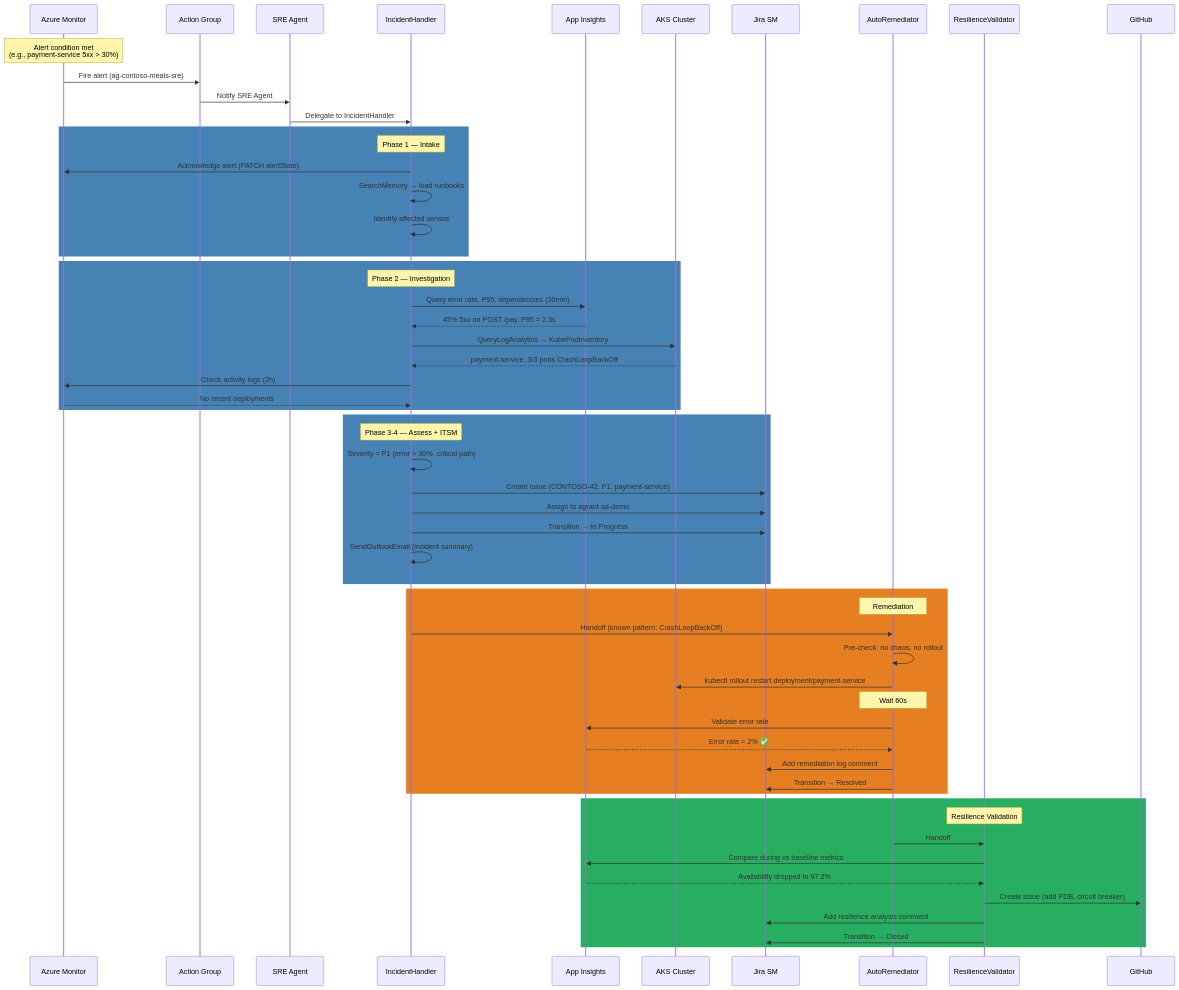
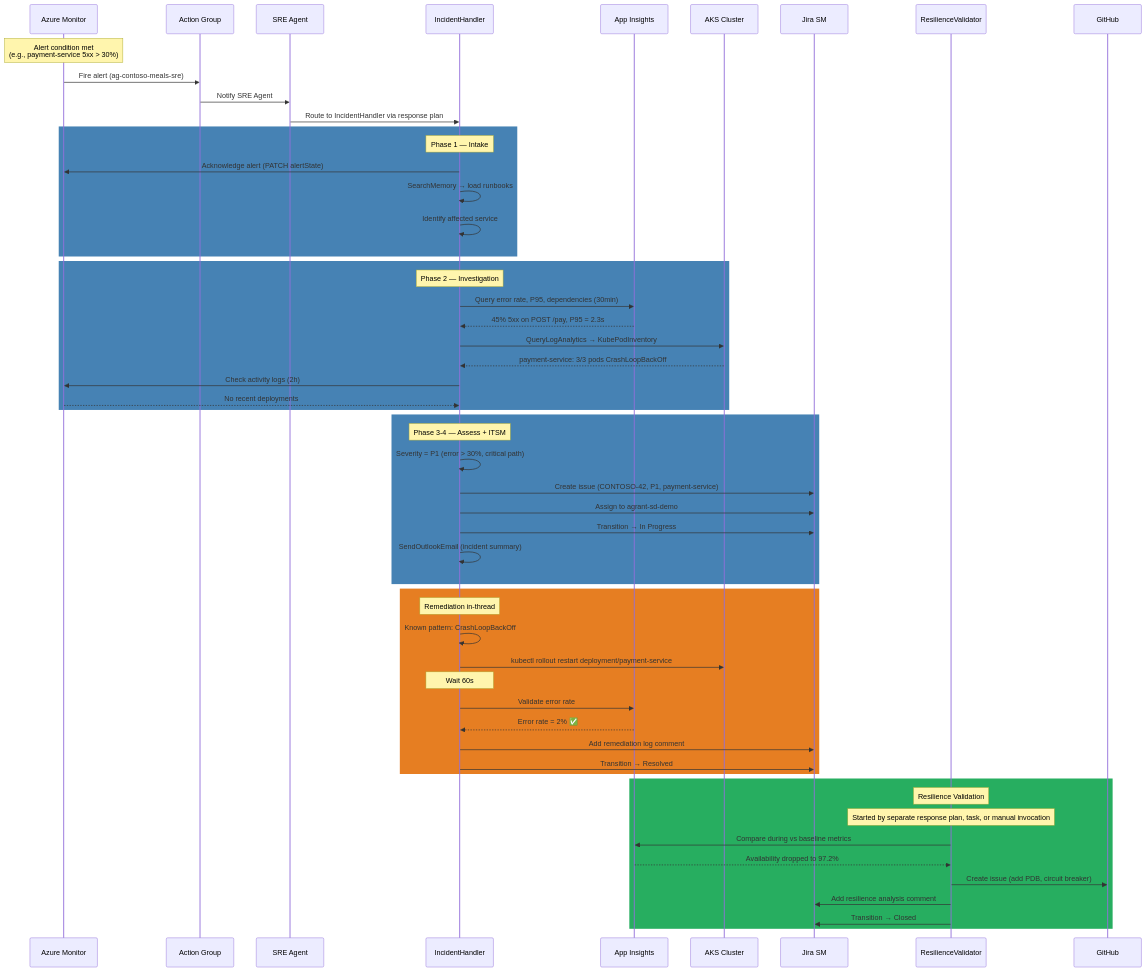
Before and after one commit to san360/azure-sre: the sixth of 8 diagrams in docs/sre-architecture.md, drawn with Mermaid. The commit also changed other lines of this file and 12 other files, not shown here.

First line of the commit message:
Refactor auto-remediation proposal and incident response architecture

````diff
--- a/docs/sre-architecture.md
+++ b/docs/sre-architecture.md
@@ -307,66 +310,64 @@
 ```mermaid
 sequenceDiagram
     participant AM as Azure Monitor
     participant AG as Action Group
     participant SRE as SRE Agent
     participant IH as IncidentHandler
     participant AI as App Insights
     participant AKS as AKS Cluster
     participant JIRA as Jira SM
-    participant AR as AutoRemediator
     participant RV as ResilienceValidator
     participant GH as GitHub
 
     Note over AM: Alert condition met<br/>(e.g., payment-service 5xx > 30%)
     AM->>AG: Fire alert (ag-contoso-meals-sre)
     AG->>SRE: Notify SRE Agent
-    SRE->>IH: Delegate to IncidentHandler
+    SRE->>IH: Route to IncidentHandler via response plan
 
     rect rgb(70, 130, 180)
         Note over IH: Phase 1 — Intake
         IH->>AM: Acknowledge alert (PATCH alertState)
         IH->>IH: SearchMemory → load runbooks
         IH->>IH: Identify affected service
     end
 
     rect rgb(70, 130, 180)
         Note over IH: Phase 2 — Investigation
         IH->>AI: Query error rate, P95, dependencies (30min)
         AI-->>IH: 45% 5xx on POST /pay, P95 = 2.3s
         IH->>AKS: QueryLogAnalytics → KubePodInventory
         AKS-->>IH: payment-service: 3/3 pods CrashLoopBackOff
         IH->>AM: Check activity logs (2h)
         AM-->>IH: No recent deployments
     end
 
     rect rgb(70, 130, 180)
         Note over IH: Phase 3-4 — Assess + ITSM
         IH->>IH: Severity = P1 (error > 30%, critical path)
         IH->>JIRA: Create issue (CONTOSO-42, P1, payment-service)
         IH->>JIRA: Assign to agrant-sd-demo
         IH->>JIRA: Transition → In Progress
         IH->>IH: SendOutlookEmail (incident summary)
     end
 
     rect rgb(230, 126, 34)
-        Note over AR: Remediation
-        IH->>AR: Handoff (known pattern: CrashLoopBackOff)
-        AR->>AR: Pre-check: no chaos, no rollout
-        AR->>AKS: kubectl rollout restart deployment/payment-service
-        Note over AR: Wait 60s
-        AR->>AI: Validate error rate
-        AI-->>AR: Error rate = 2% ✅
-        AR->>JIRA: Add remediation log comment
-        AR->>JIRA: Transition → Resolved
+        Note over IH: Remediation in-thread
+        IH->>IH: Known pattern: CrashLoopBackOff
+        IH->>AKS: kubectl rollout restart deployment/payment-service
+        Note over IH: Wait 60s
+        IH->>AI: Validate error rate
+        AI-->>IH: Error rate = 2% ✅
+        IH->>JIRA: Add remediation log comment
+        IH->>JIRA: Transition → Resolved
     end
 
     rect rgb(39, 174, 96)
         Note over RV: Resilience Validation
-        AR->>RV: Handoff
+        Note over RV: Started by separate response plan, task, or manual invocation
         RV->>AI: Compare during vs baseline metrics
         AI-->>RV: Availability dropped to 97.2%
         RV->>GH: Create issue (add PDB, circuit breaker)
         RV->>JIRA: Add resilience analysis comment
         RV->>JIRA: Transition → Closed
     end
 ```
````
